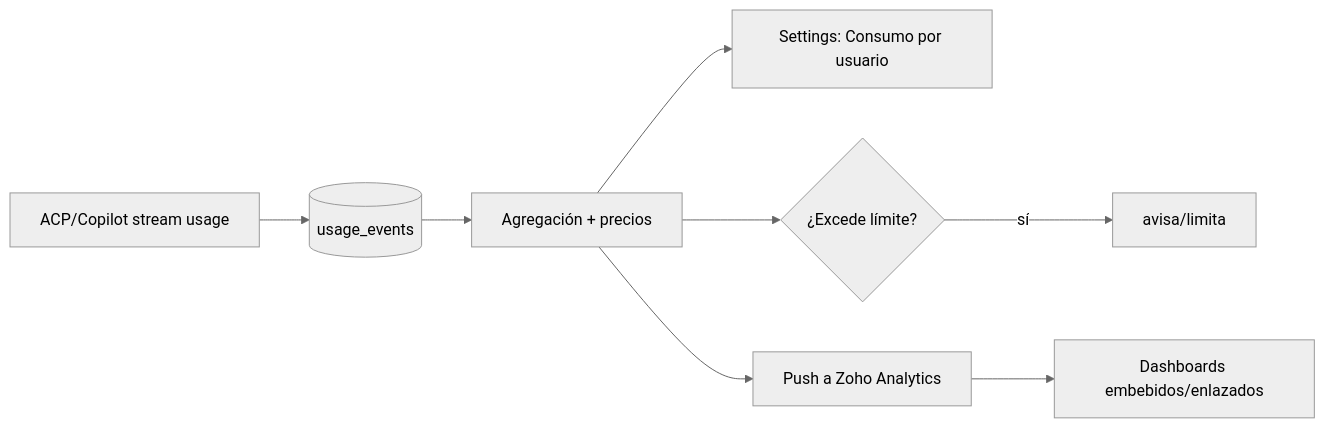
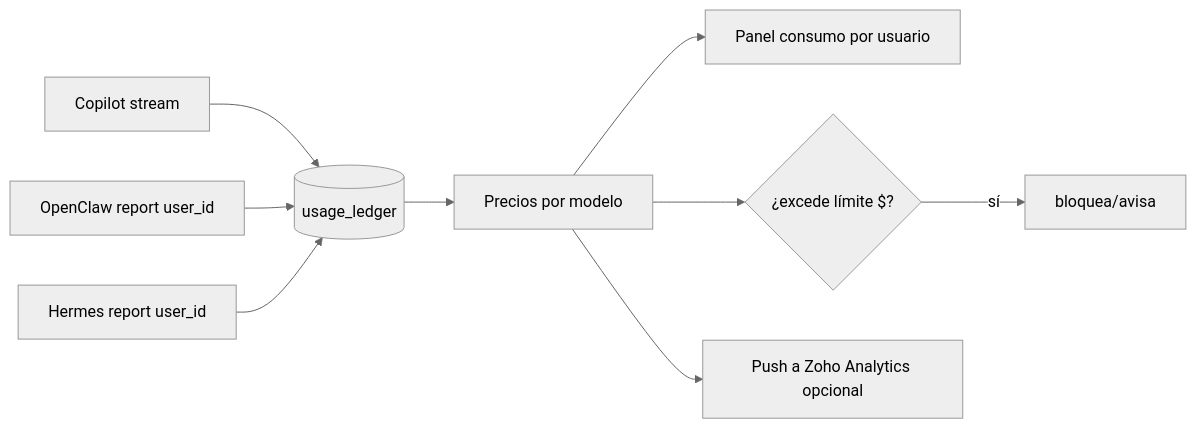
The third of 4 diagrams in docs/prds/alinea/ROADMAP.md (JoseTabora93/Alinea-Copilot), drawn with Mermaid (neutral theme) before and after one commit. The commit also changed other lines of this file, not shown here.

Commit message:
docs(planning): roadmap v2 — bake decisions + multi-user data segregation + command center

````diff
--- a/docs/prds/alinea/ROADMAP.md
+++ b/docs/prds/alinea/ROADMAP.md
@@ -276,10 +231,11 @@
 ```mermaid
 flowchart LR
-  ACP[ACP/Copilot stream usage] --> UE[(usage_events)]
-  UE --> AGG[Agregación + precios]
-  AGG --> ADMIN[Settings: Consumo por usuario]
-  AGG --> LIM{¿Excede límite?}
-  LIM -- sí --> BLOCK[avisa/limita]
-  AGG --> ZOHO[Push a Zoho Analytics]
-  ZOHO --> DASH[Dashboards embebidos/enlazados]
+  A[Copilot stream] --> L[(usage_ledger)]
+  B[OpenClaw report user_id] --> L
+  H[Hermes report user_id] --> L
+  L --> P[Precios por modelo]
+  P --> ADMIN[Panel consumo por usuario]
+  P --> LIM{¿excede límite $?}
+  LIM -- sí --> ACT[bloquea/avisa]
+  P --> ZOHO[Push a Zoho Analytics opcional]
 ```
````
